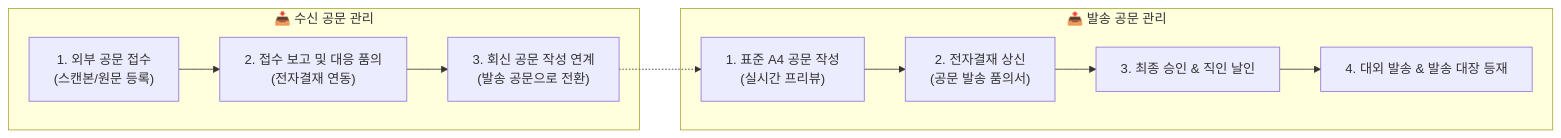
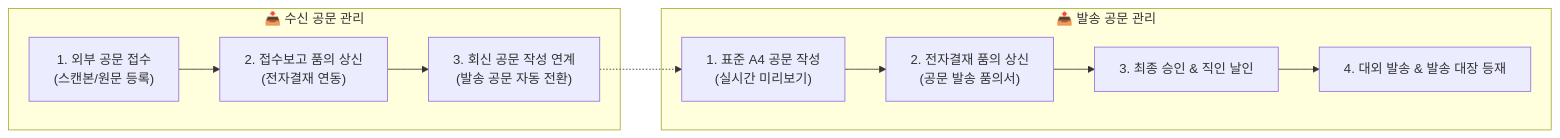
One commit to nc2U/ibs changed the diagram in app/vue/docs/official-letter/index.md. Above: the diagram before and after it, drawn with Mermaid. The commit also changed other lines of this file and 5 other files, not shown here.

````diff
--- a/app/vue/docs/official-letter/index.md
+++ b/app/vue/docs/official-letter/index.md
@@ -8,15 +13,15 @@
 ```mermaid
 flowchart LR
     subgraph 발송 ["📤 발송 공문 관리"]
-        A["1. 표준 A4 공문 작성<br>(실시간 프리뷰)"] --> B["2. 전자결재 상신<br>(공문 발송 품의서)"]
+        A["1. 표준 A4 공문 작성<br>(실시간 미리보기)"] --> B["2. 전자결재 품의 상신<br>(공문 발송 품의서)"]
         B --> C["3. 최종 승인 & 직인 날인"]
         C --> D["4. 대외 발송 & 발송 대장 등재"]
     end
 
     subgraph 수신 ["📥 수신 공문 관리"]
-        E["1. 외부 공문 접수<br>(스캔본/원문 등록)"] --> F["2. 접수 보고 및 대응 품의<br>(전자결재 연동)"]
-        F --> G["3. 회신 공문 작성 연계<br>(발송 공문으로 전환)"]
+        E["1. 외부 공문 접수<br>(스캔본/원문 등록)"] --> F["2. 접수보고 품의 상신<br>(전자결재 연동)"]
+        F --> G["3. 회신 공문 작성 연계<br>(발송 공문 자동 전환)"]
     end
 
     G -.-> A
 ```
````
